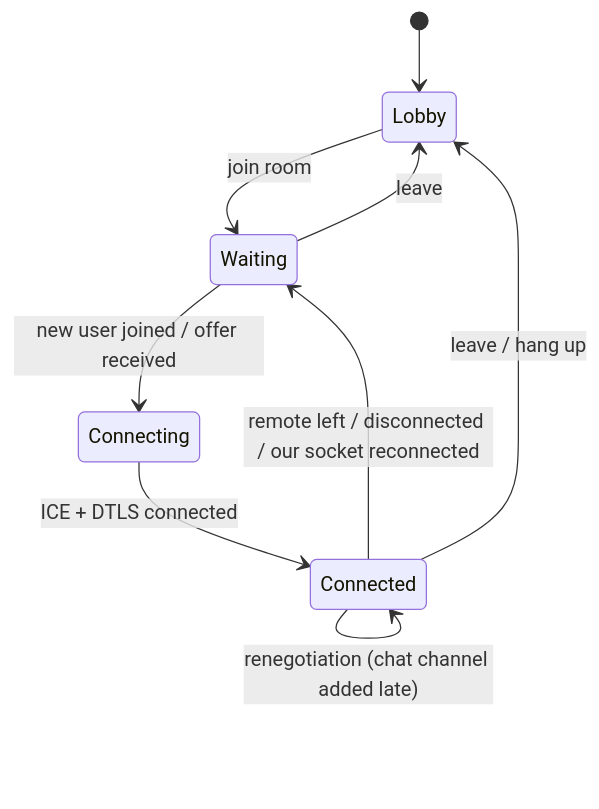
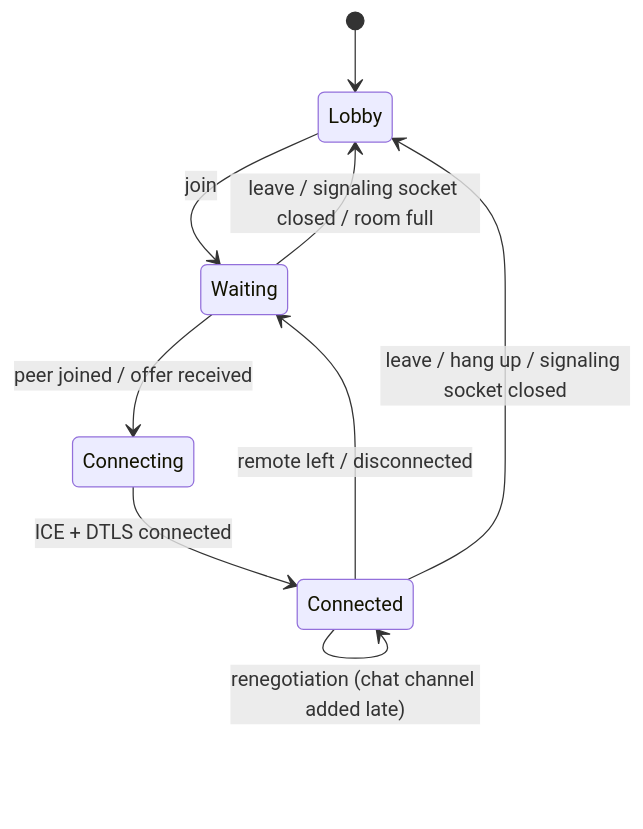
The fourth of 24 diagrams in ARCHITECTURE.md (maitrungduc1410/WebRTC-Demo), drawn with Mermaid before and after one commit. The commit also changed other lines of this file and 111 other files, not shown here.

````diff
--- a/ARCHITECTURE.md
+++ b/ARCHITECTURE.md
@@ -204,11 +227,11 @@
 ```mermaid
 stateDiagram-v2
     [*] --> Lobby
-    Lobby --> Waiting: join room
-    Waiting --> Connecting: new user joined / offer received
+    Lobby --> Waiting: join
+    Waiting --> Connecting: peer joined / offer received
     Connecting --> Connected: ICE + DTLS connected
     Connected --> Connected: renegotiation (chat channel added late)
-    Connected --> Waiting: remote left / disconnected / our socket reconnected
-    Connected --> Lobby: leave / hang up
-    Waiting --> Lobby: leave
+    Connected --> Waiting: remote left / disconnected
+    Connected --> Lobby: leave / hang up / signaling socket closed
+    Waiting --> Lobby: leave / signaling socket closed / room full
 ```
````
